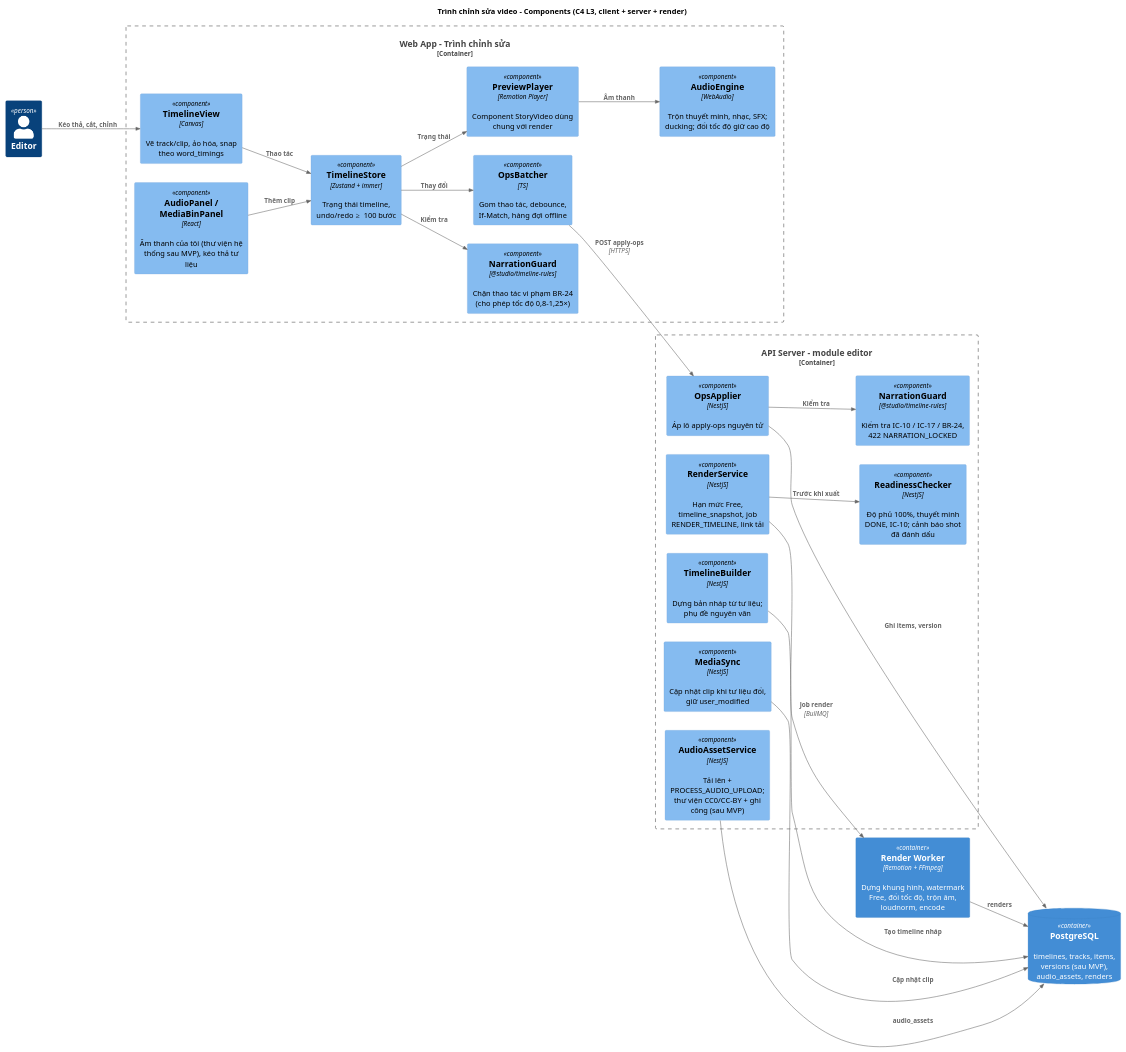
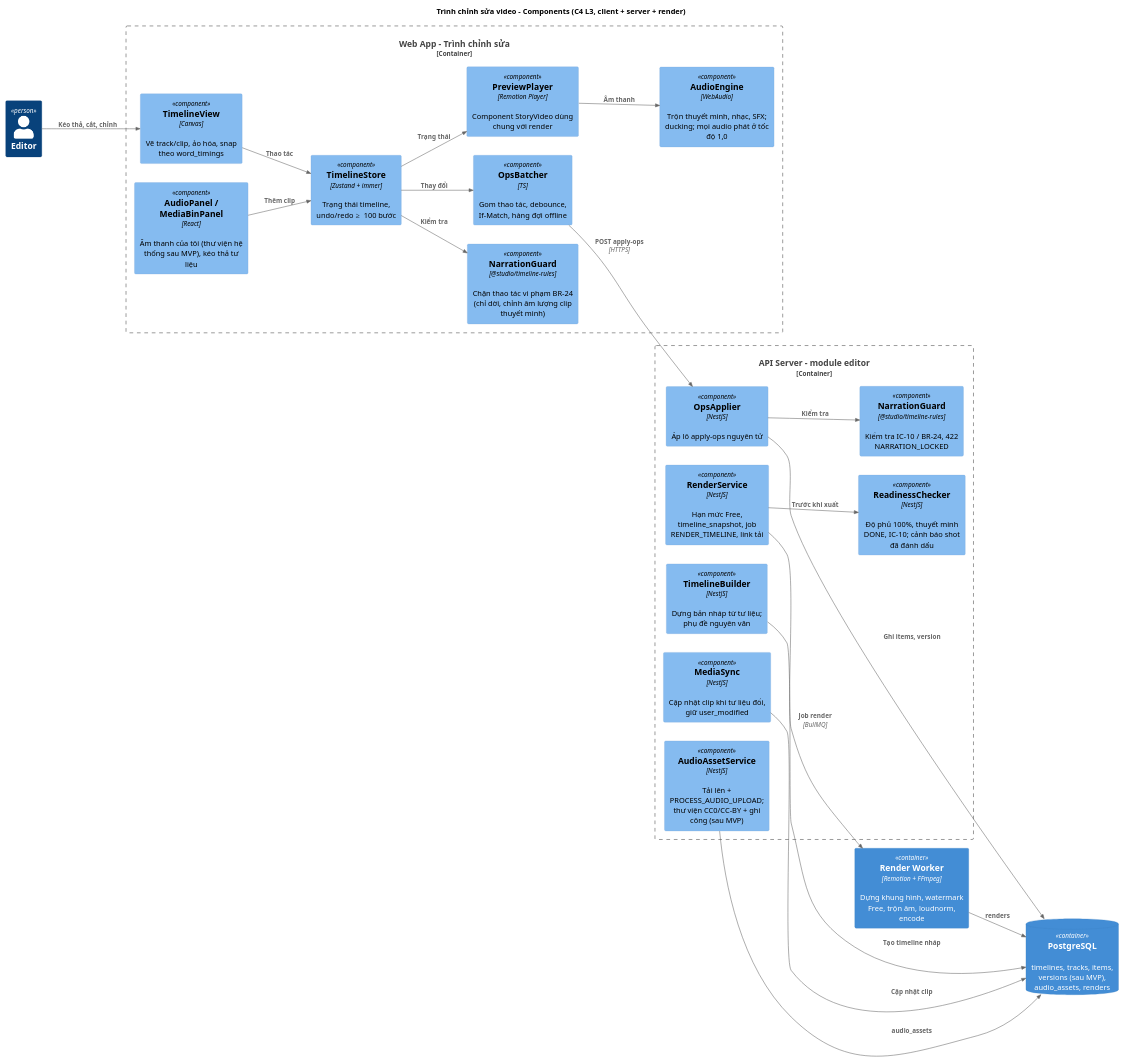
The diagram in demo-c2story/so-do/03-kien-truc/c4-component-editor.puml (202416852-anhpv/story2video-docs), drawn with PlantUML before and after one commit. The commit also changed 62 other files, not shown here.

First line of the commit message:
Update documentation and schemas for AI integration and timeline snapshots

```diff
--- a/demo-c2story/so-do/03-kien-truc/c4-component-editor.puml
+++ b/demo-c2story/so-do/03-kien-truc/c4-component-editor.puml
@@ -1,47 +1,47 @@
 @startuml C4_Component_Editor
 !include <C4/C4_Component>
 title Trình chỉnh sửa video - Components (C4 L3, client + server + render)
 LAYOUT_LEFT_RIGHT()
 
 Person(ed, "Editor")
 
 Container_Boundary(client, "Web App - Trình chỉnh sửa") {
     Component(view, "TimelineView", "Canvas", "Vẽ track/clip, ảo hóa, snap theo word_timings")
     Component(store, "TimelineStore", "Zustand + immer", "Trạng thái timeline, undo/redo ≥ 100 bước")
-    Component(guardc, "NarrationGuard", "@studio/timeline-rules", "Chặn thao tác vi phạm BR-24 (cho phép tốc độ 0,8–1,25×)")
+    Component(guardc, "NarrationGuard", "@studio/timeline-rules", "Chặn thao tác vi phạm BR-24 (chỉ dời, chỉnh âm lượng clip thuyết minh)")
     Component(batch, "OpsBatcher", "TS", "Gom thao tác, debounce, If-Match, hàng đợi offline")
     Component(player, "PreviewPlayer", "Remotion Player", "Component StoryVideo dùng chung với render")
-    Component(audio, "AudioEngine", "WebAudio", "Trộn thuyết minh, nhạc, SFX; ducking; đổi tốc độ giữ cao độ")
+    Component(audio, "AudioEngine", "WebAudio", "Trộn thuyết minh, nhạc, SFX; ducking; mọi audio phát ở tốc độ 1,0")
     Component(panels, "AudioPanel / MediaBinPanel", "React", "Âm thanh của tôi (thư viện hệ thống sau MVP), kéo thả tư liệu")
 }
 
 Container_Boundary(server, "API Server - module editor") {
     Component(ops, "OpsApplier", "NestJS", "Áp lô apply-ops nguyên tử")
-    Component(guards, "NarrationGuard", "@studio/timeline-rules", "Kiểm tra IC-10 / IC-17 / BR-24, 422 NARRATION_LOCKED")
+    Component(guards, "NarrationGuard", "@studio/timeline-rules", "Kiểm tra IC-10 / BR-24, 422 NARRATION_LOCKED")
     Component(builder, "TimelineBuilder", "NestJS", "Dựng bản nháp từ tư liệu; phụ đề nguyên văn")
     Component(sync, "MediaSync", "NestJS", "Cập nhật clip khi tư liệu đổi, giữ user_modified")
     Component(lib, "AudioAssetService", "NestJS", "Tải lên + PROCESS_AUDIO_UPLOAD; thư viện CC0/CC-BY + ghi công (sau MVP)")
     Component(ready, "ReadinessChecker", "NestJS", "Độ phủ 100%, thuyết minh DONE, IC-10; cảnh báo shot đã đánh dấu")
     Component(rs, "RenderService", "NestJS", "Hạn mức Free, timeline_snapshot, job RENDER_TIMELINE, link tải")
 }
 
-Container(rw, "Render Worker", "Remotion + FFmpeg", "Dựng khung hình, watermark Free, đổi tốc độ, trộn âm, loudnorm, encode")
+Container(rw, "Render Worker", "Remotion + FFmpeg", "Dựng khung hình, watermark Free, trộn âm, loudnorm, encode")
 ContainerDb(db, "PostgreSQL", "", "timelines, tracks, items, versions (sau MVP), audio_assets, renders")
 
 Rel(ed, view, "Kéo thả, cắt, chỉnh")
 Rel(view, store, "Thao tác")
 Rel(store, guardc, "Kiểm tra")
 Rel(store, batch, "Thay đổi")
 Rel(store, player, "Trạng thái")
 Rel(player, audio, "Âm thanh")
 Rel(panels, store, "Thêm clip")
 Rel(batch, ops, "POST apply-ops", "HTTPS")
 Rel(ops, guards, "Kiểm tra")
 Rel(ops, db, "Ghi items, version")
 Rel(builder, db, "Tạo timeline nháp")
 Rel(sync, db, "Cập nhật clip")
 Rel(lib, db, "audio_assets")
 Rel(rs, ready, "Trước khi xuất")
 Rel(rs, rw, "Job render", "BullMQ")
 Rel(rw, db, "renders")
 @enduml
```
